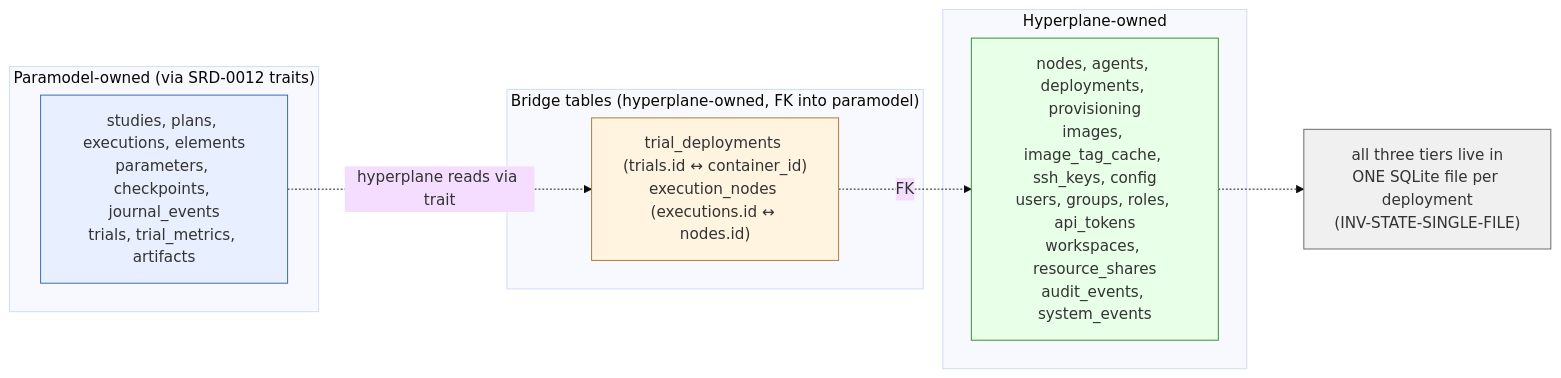
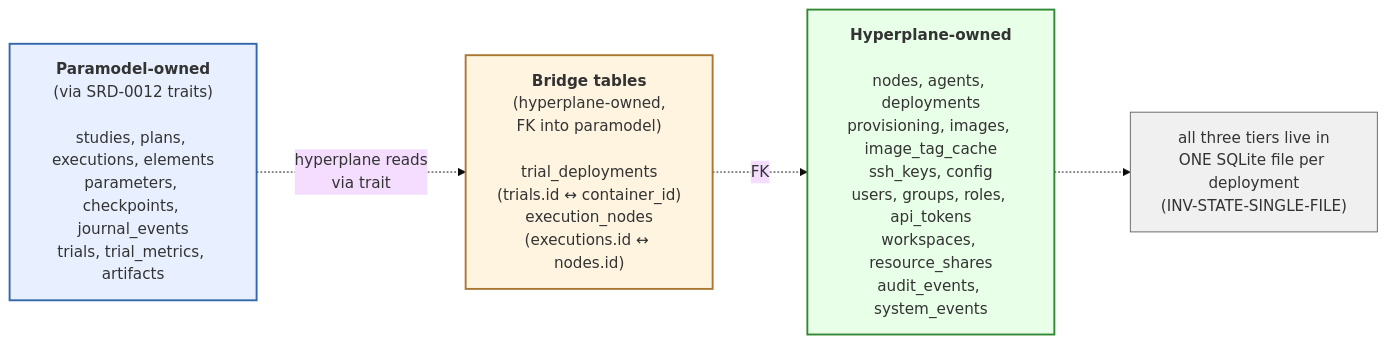
Before and after one commit to nosqlbench/hyperplane-rs: the diagram in docs/design/diagrams/SRD-0101/state-ownership.mmd, drawn with Mermaid (base theme). The commit also changed 32 other files, not shown here.

```diff
--- a/docs/design/diagrams/SRD-0101/state-ownership.mmd
+++ b/docs/design/diagrams/SRD-0101/state-ownership.mmd
@@ -1,28 +1,22 @@
 %% Copyright (c) Jonathan Shook
 %% SPDX-License-Identifier: Apache-2.0
-%%{init: {'flowchart': {'nodeSpacing': 40, 'rankSpacing': 60}}}%%
+%%{init: {'flowchart': {'nodeSpacing': 40, 'rankSpacing': 80}}}%%
 flowchart LR
-    subgraph PM ["Paramodel-owned (via SRD-0012 traits)"]
-        PMT["studies, plans, executions, elements<br/>parameters, checkpoints, journal_events<br/>trials, trial_metrics, artifacts"]
-    end
-    subgraph BR ["Bridge tables (hyperplane-owned, FK into paramodel)"]
-        BRT["trial_deployments (trials.id ↔ container_id)<br/>execution_nodes (executions.id ↔ nodes.id)"]
-    end
-    subgraph HP ["Hyperplane-owned"]
-        HPT["nodes, agents, deployments, provisioning<br/>images, image_tag_cache, ssh_keys, config<br/>users, groups, roles, api_tokens<br/>workspaces, resource_shares<br/>audit_events, system_events"]
-    end
+    PM["<b>Paramodel-owned</b><br/>(via SRD-0012 traits)<br/><br/>studies, plans, executions, elements<br/>parameters, checkpoints, journal_events<br/>trials, trial_metrics, artifacts"]
+    BR["<b>Bridge tables</b><br/>(hyperplane-owned,<br/>FK into paramodel)<br/><br/>trial_deployments<br/>(trials.id ↔ container_id)<br/>execution_nodes<br/>(executions.id ↔ nodes.id)"]
+    HP["<b>Hyperplane-owned</b><br/><br/>nodes, agents, deployments<br/>provisioning, images, image_tag_cache<br/>ssh_keys, config<br/>users, groups, roles, api_tokens<br/>workspaces, resource_shares<br/>audit_events, system_events"]
 
-    PMT -. "hyperplane reads via trait" .-> BRT
-    BRT -. "FK" .-> HPT
+    PM -. "hyperplane reads<br/>via trait" .-> BR
+    BR -. "FK" .-> HP
 
     Note["all three tiers live in<br/>ONE SQLite file per deployment<br/>(INV-STATE-SINGLE-FILE)"]
-    HPT -.-> Note
+    HP -.-> Note
 
-    classDef paramodel fill:#e8f0ff,stroke:#3366aa
-    classDef bridge fill:#fff4e0,stroke:#aa7733
-    classDef hyperplane fill:#e8ffe8,stroke:#338833
+    classDef paramodel fill:#e8f0ff,stroke:#3366aa,stroke-width:2px
+    classDef bridge fill:#fff4e0,stroke:#aa7733,stroke-width:2px
+    classDef hyperplane fill:#e8ffe8,stroke:#338833,stroke-width:2px
     classDef note fill:#f0f0f0,stroke:#666
-    class PMT paramodel
-    class BRT bridge
-    class HPT hyperplane
+    class PM paramodel
+    class BR bridge
+    class HP hyperplane
     class Note note
```
